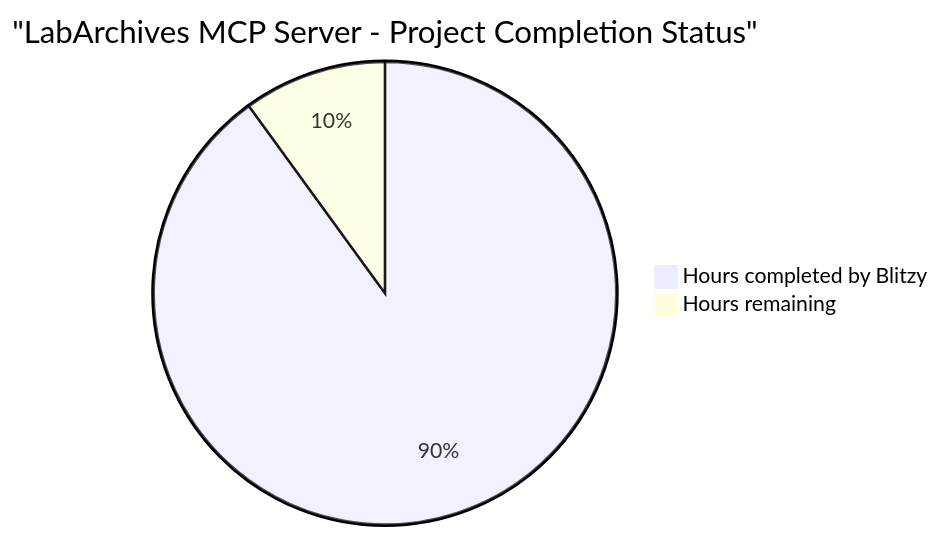
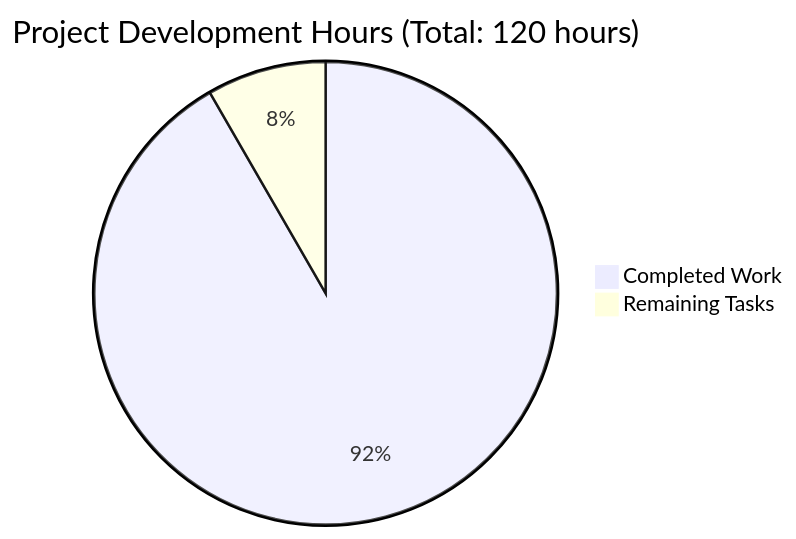
Before and after one commit to SamuelBrudner/lab_archives_mcp: the diagram in blitzy/documentation/Project Guide.md, drawn with Mermaid. The commit also changed other lines of this file, not shown here.

Commit message:
Adding Blitzy Project Guide: Project Status and Human Tasks Remaining

````diff
--- a/blitzy/documentation/Project Guide.md
+++ b/blitzy/documentation/Project Guide.md
@@ -3,5 +15,5 @@
 ```mermaid
-pie title "LabArchives MCP Server - Project Completion Status"
-    "Hours completed by Blitzy" : 1584
-    "Hours remaining" : 176
+pie title Project Development Hours (Total: 120 hours)
+    "Completed Work" : 110
+    "Remaining Tasks" : 10
 ```
````
